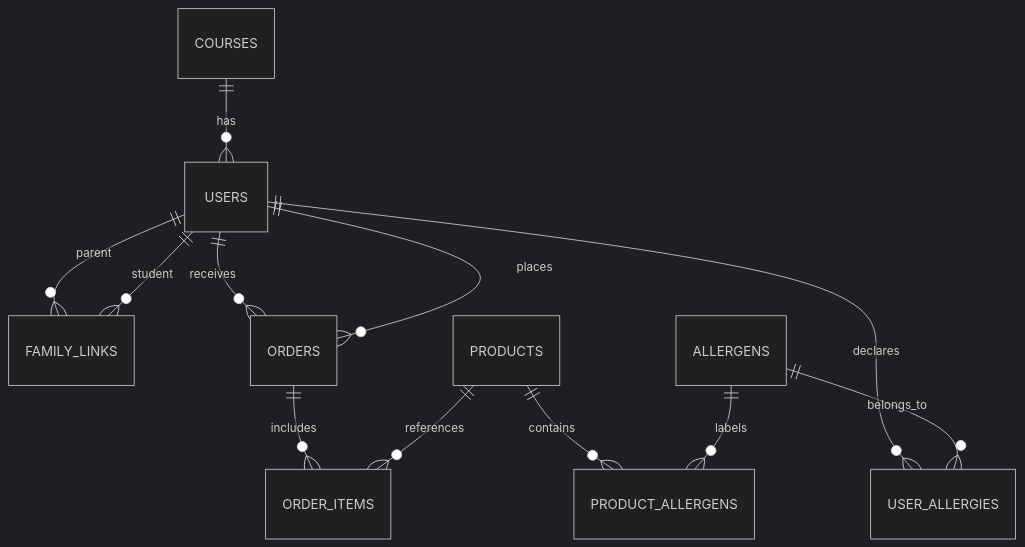
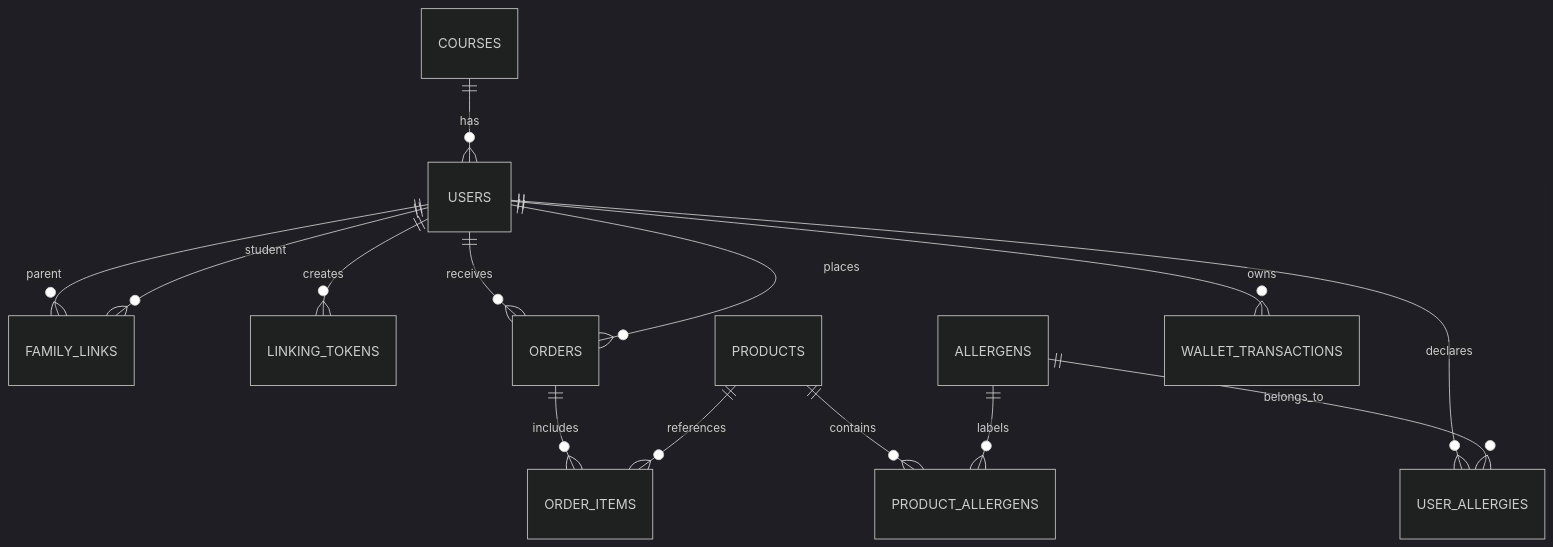
The second of 2 diagrams in Memoria.md (KalzKiw/Komo), drawn with Mermaid (dark theme) before and after one commit. The commit also changed other lines of this file and 39 other files, not shown here.

````diff
--- a/Memoria.md
+++ b/Memoria.md
@@ -243,14 +329,16 @@
 ```mermaid
 erDiagram
     COURSES ||--o{ USERS : has
     USERS ||--o{ FAMILY_LINKS : parent
     USERS ||--o{ FAMILY_LINKS : student
+    USERS ||--o{ LINKING_TOKENS : creates
     USERS ||--o{ USER_ALLERGIES : declares
     ALLERGENS ||--o{ USER_ALLERGIES : belongs_to
     PRODUCTS ||--o{ PRODUCT_ALLERGENS : contains
     ALLERGENS ||--o{ PRODUCT_ALLERGENS : labels
     USERS ||--o{ ORDERS : receives
     USERS ||--o{ ORDERS : places
     ORDERS ||--o{ ORDER_ITEMS : includes
     PRODUCTS ||--o{ ORDER_ITEMS : references
+    USERS ||--o{ WALLET_TRANSACTIONS : owns
 ```
````
